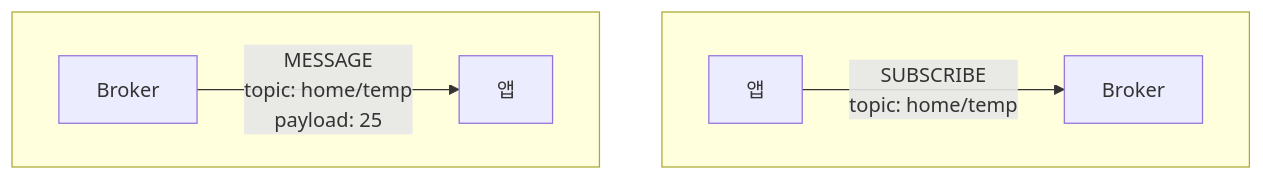
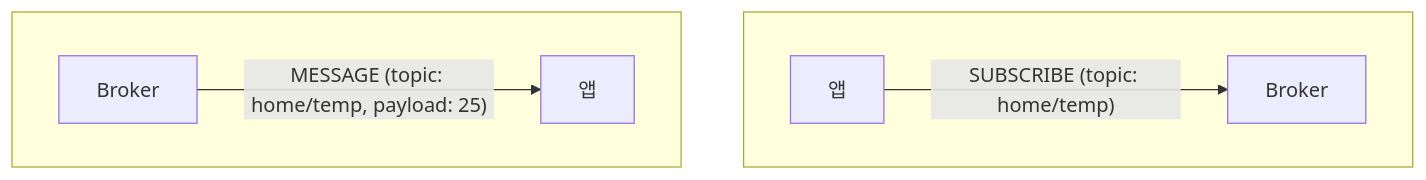
The fourth of 5 diagrams in contents/database/mqtt-v5-완벽-가이드-1-입문과-기본-아키텍처/index.md (kenshin579/blog-v2.advenoh.pe.kr), drawn with Mermaid before and after one commit. The commit also changed other lines of this file and 47 other files, not shown here.

````diff
--- a/contents/database/mqtt-v5-완벽-가이드-1-입문과-기본-아키텍처/index.md
+++ b/contents/database/mqtt-v5-완벽-가이드-1-입문과-기본-아키텍처/index.md
@@ -217,11 +203,11 @@
 ```mermaid
 flowchart TB
     subgraph subscribe[" "]
         direction LR
-        A1[앱] -->|"SUBSCRIBE<br/>topic: home/temp"| B1[Broker]
+        A1[앱] -->|"SUBSCRIBE (topic: home/temp)"| B1[Broker]
     end
     subgraph message[" "]
         direction LR
-        B2[Broker] -->|"MESSAGE<br/>topic: home/temp<br/>payload: 25"| A2[앱]
+        B2[Broker] -->|"MESSAGE (topic: home/temp, payload: 25)"| A2[앱]
     end
 ```
````
